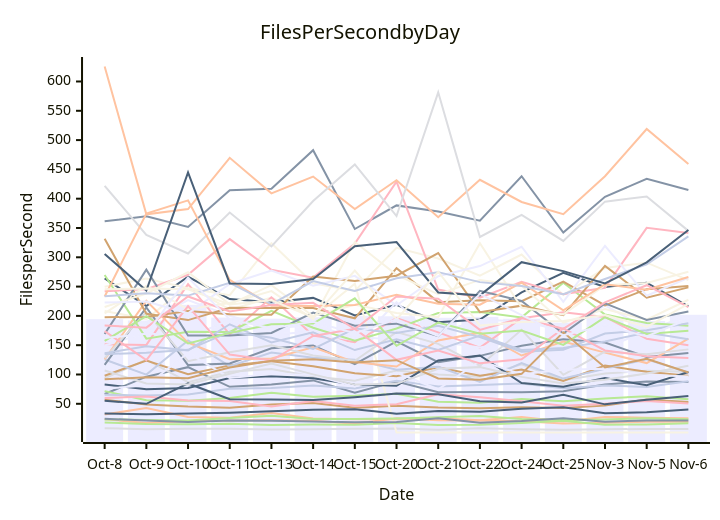
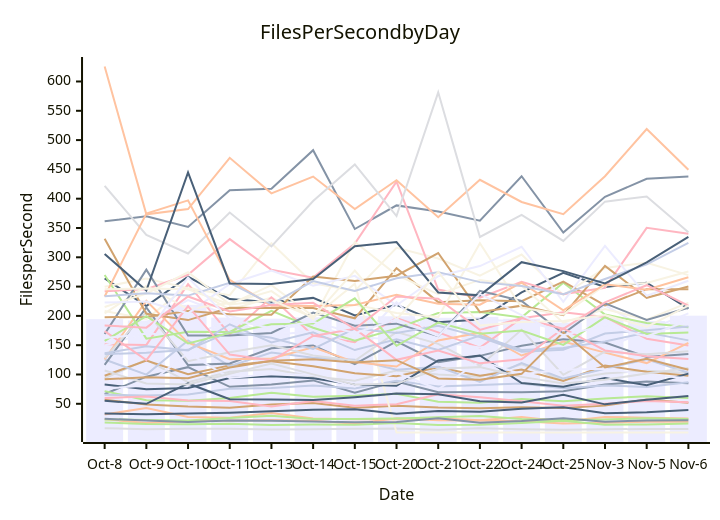
Before and after one commit to streetsidesoftware/cspell: the diagram in perf-report.md, drawn with Mermaid. The commit also changed other lines of this file and 2 other files, not shown here.

````diff
--- a/perf-report.md
+++ b/perf-report.md
@@ -11,57 +11,57 @@
 ```mermaid
 xychart-beta
     title Files Per Second by Day
     y-axis Files per Second
     x-axis Date [Oct-8, Oct-9, Oct-10, Oct-11, Oct-13, Oct-14, Oct-15, Oct-20, Oct-21, Oct-22, Oct-24, Oct-25, Nov-3, Nov-5, Nov-6]
-    bar [194.39, 192.05, 218.83, 197.10, 195.24, 197.65, 199.65, 199.37, 196.79, 198.31, 195.08, 188.50, 197.53, 191.30, 201.87]
-    line [66.65, 96.25, 112.51, 78.91, 82.77, 89.92, 69.05, 88.06, 69.61, 70.25, 69.88, 71.42, 83.10, 87.87, 87.19]
-    line [23.58, 17.31, 20.37, 21.44, 22.38, 20.97, 16.04, 25.16, 22.03, 21.51, 20.05, 16.33, 17.58, 19.22, 19.51]
-    line [8.18, 6.76, 7.44, 7.30, 6.32, 6.65, 7.26, 7.96, 5.55, 8.36, 6.66, 5.63, 6.55, 6.95, 6.93]
-    line [71.61, 56.00, 55.29, 59.99, 68.80, 62.02, 63.75, 67.15, 53.54, 51.87, 58.31, 54.40, 59.05, 63.00, 57.57]
-    line [56.81, 48.66, 45.19, 43.33, 48.66, 51.39, 43.09, 46.53, 43.54, 42.59, 43.99, 42.66, 46.86, 57.12, 52.85]
-    line [65.37, 64.09, 65.74, 75.83, 77.12, 81.28, 76.22, 89.41, 79.60, 82.04, 84.51, 76.34, 81.22, 78.86, 88.31]
-    line [59.94, 62.62, 55.56, 54.77, 45.21, 54.60, 46.67, 49.27, 66.25, 61.14, 54.40, 46.46, 50.11, 54.79, 50.62]
-    line [264.14, 216.71, 266.75, 228.80, 223.08, 230.72, 200.81, 218.77, 189.13, 193.68, 239.98, 273.35, 249.43, 256.58, 216.40]
+    bar [194.39, 192.05, 218.83, 197.10, 195.24, 197.65, 199.65, 199.37, 196.79, 198.31, 195.08, 188.50, 197.53, 191.30, 200.36]
+    line [66.65, 96.25, 112.51, 78.91, 82.77, 89.92, 69.05, 88.06, 69.61, 70.25, 69.88, 71.42, 83.10, 87.87, 85.11]
+    line [23.58, 17.31, 20.37, 21.44, 22.38, 20.97, 16.04, 25.16, 22.03, 21.51, 20.05, 16.33, 17.58, 19.22, 19.18]
+    line [8.18, 6.76, 7.44, 7.30, 6.32, 6.65, 7.26, 7.96, 5.55, 8.36, 6.66, 5.63, 6.55, 6.95, 6.80]
+    line [71.61, 56.00, 55.29, 59.99, 68.80, 62.02, 63.75, 67.15, 53.54, 51.87, 58.31, 54.40, 59.05, 63.00, 59.92]
+    line [56.81, 48.66, 45.19, 43.33, 48.66, 51.39, 43.09, 46.53, 43.54, 42.59, 43.99, 42.66, 46.86, 57.12, 51.76]
+    line [65.37, 64.09, 65.74, 75.83, 77.12, 81.28, 76.22, 89.41, 79.60, 82.04, 84.51, 76.34, 81.22, 78.86, 86.83]
+    line [59.94, 62.62, 55.56, 54.77, 45.21, 54.60, 46.67, 49.27, 66.25, 61.14, 54.40, 46.46, 50.11, 54.79, 52.81]
+    line [264.14, 216.71, 266.75, 228.80, 223.08, 230.72, 200.81, 218.77, 189.13, 193.68, 239.98, 273.35, 249.43, 256.58, 212.53]
     line [208.25, 194.51, 251.63, 210.60, 231.31, 197.08, 254.89, 1.00, 1.00, 1.00, 1.00, 1.00, 1.00, 1.00, 1.00]
-    line [174.97, 189.16, 226.87, 200.18, 179.39, 183.41, 164.40, 159.49, 171.10, 192.78, 191.37, 174.29, 217.96, 178.42, 192.52]
-    line [361.47, 370.09, 351.86, 414.54, 417.07, 482.80, 348.28, 388.55, 378.31, 362.57, 438.35, 342.13, 403.12, 433.88, 414.82]
-    line [31.76, 42.94, 27.61, 25.97, 34.21, 25.09, 23.71, 23.43, 25.33, 21.92, 27.33, 19.75, 27.62, 26.37, 25.30]
-    line [93.63, 125.18, 87.00, 104.77, 109.42, 96.45, 89.22, 106.77, 99.95, 95.97, 117.43, 90.38, 101.68, 106.46, 104.56]
-    line [18.14, 15.49, 15.23, 15.94, 13.89, 14.53, 14.11, 17.05, 13.85, 14.03, 17.10, 21.05, 14.31, 14.75, 16.77]
-    line [97.90, 123.96, 100.36, 115.55, 122.73, 114.09, 102.09, 96.85, 112.31, 97.68, 108.35, 88.82, 115.43, 104.61, 97.82]
-    line [125.48, 99.76, 158.05, 114.31, 137.32, 128.51, 125.12, 108.27, 113.06, 87.44, 119.66, 93.04, 109.58, 126.12, 103.37]
-    line [151.43, 150.43, 254.02, 168.57, 231.71, 166.56, 155.07, 196.36, 171.90, 145.85, 195.93, 206.22, 198.17, 161.08, 149.86]
-    line [55.18, 49.90, 84.72, 57.64, 57.38, 56.41, 61.33, 67.41, 66.13, 54.31, 52.03, 65.25, 49.02, 56.78, 63.21]
-    line [249.77, 263.65, 247.10, 235.41, 323.97, 255.64, 242.67, 316.16, 297.94, 268.60, 304.78, 235.63, 281.78, 290.77, 261.04]
-    line [149.45, 170.98, 162.38, 193.61, 167.04, 174.22, 149.10, 223.58, 156.27, 146.04, 158.31, 152.20, 144.51, 175.00, 200.25]
-    line [116.53, 214.42, 116.00, 118.77, 144.83, 149.59, 117.74, 156.35, 121.08, 131.79, 149.18, 160.21, 154.52, 129.77, 136.53]
-    line [125.79, 225.70, 154.24, 126.07, 127.29, 146.49, 121.12, 113.50, 158.05, 171.36, 132.38, 156.15, 137.28, 119.47, 161.14]
-    line [127.97, 206.50, 122.84, 138.06, 149.67, 132.46, 123.48, 172.40, 152.34, 114.90, 176.25, 99.39, 139.03, 134.52, 142.86]
-    line [269.72, 161.18, 172.81, 172.65, 208.47, 179.72, 157.56, 178.54, 204.92, 206.57, 197.43, 256.60, 202.25, 187.81, 182.97]
-    line [331.74, 203.63, 192.81, 213.97, 213.28, 213.47, 195.94, 281.48, 223.48, 226.53, 225.12, 258.41, 217.89, 245.63, 251.12]
-    line [136.07, 148.26, 141.19, 185.69, 154.55, 171.82, 141.67, 160.22, 141.81, 166.38, 141.94, 145.19, 156.42, 171.45, 160.17]
-    line [242.23, 245.65, 270.12, 330.98, 278.79, 265.30, 323.42, 429.01, 245.01, 230.93, 258.25, 236.94, 247.84, 350.22, 341.55]
-    line [82.95, 74.90, 76.80, 94.05, 96.82, 93.39, 82.69, 80.94, 123.93, 132.34, 85.53, 79.17, 93.87, 81.75, 104.21]
-    line [204.22, 251.15, 211.26, 222.05, 242.35, 194.13, 326.19, 270.15, 236.87, 261.40, 251.33, 188.47, 211.71, 193.66, 227.55]
-    line [75.86, 81.29, 136.91, 94.03, 101.02, 99.02, 79.59, 103.01, 74.73, 123.30, 100.60, 107.93, 109.66, 99.65, 96.37]
-    line [168.97, 278.92, 166.54, 166.53, 170.79, 205.75, 183.07, 186.73, 165.39, 242.72, 225.43, 169.80, 221.29, 193.06, 207.64]
-    line [625.58, 373.38, 382.28, 469.75, 409.07, 437.77, 382.49, 431.43, 368.45, 432.30, 394.44, 373.62, 438.31, 518.91, 459.05]
-    line [422.03, 338.21, 306.48, 376.46, 318.53, 395.99, 458.46, 370.45, 581.53, 334.74, 372.46, 327.93, 394.96, 403.82, 345.04]
-    line [23.35, 22.45, 21.51, 25.71, 29.42, 23.92, 24.25, 24.95, 26.96, 29.32, 24.14, 22.37, 23.30, 25.53, 23.72]
-    line [197.76, 198.13, 208.30, 202.68, 201.79, 267.21, 259.65, 268.53, 307.28, 206.33, 217.49, 201.10, 285.18, 230.89, 248.61]
-    line [134.65, 137.28, 142.04, 172.94, 162.65, 143.57, 178.30, 170.91, 182.97, 163.77, 138.75, 142.39, 169.82, 175.50, 187.26]
-    line [173.95, 124.58, 216.72, 133.97, 123.87, 165.74, 177.89, 125.02, 140.68, 119.01, 125.81, 178.69, 141.07, 131.24, 128.17]
-    line [33.57, 32.29, 33.27, 34.79, 37.33, 39.68, 40.77, 33.11, 37.81, 36.24, 41.43, 44.03, 33.69, 35.67, 40.10]
-    line [215.08, 238.25, 274.47, 219.66, 252.51, 199.34, 218.85, 204.99, 197.92, 323.88, 213.93, 202.52, 252.23, 256.11, 275.30]
-    line [222.78, 224.66, 204.36, 254.42, 277.26, 251.58, 268.24, 217.93, 267.67, 285.04, 317.95, 223.78, 319.42, 234.42, 264.77]
-    line [24.57, 21.27, 19.07, 21.50, 21.24, 19.97, 18.63, 18.81, 25.32, 17.74, 20.58, 25.51, 19.46, 21.60, 21.35]
-    line [233.16, 374.71, 397.16, 261.34, 217.24, 217.08, 218.73, 236.08, 220.88, 219.16, 256.62, 209.53, 254.06, 244.83, 266.39]
-    line [106.68, 84.76, 82.82, 101.29, 118.90, 100.19, 82.72, 84.05, 109.59, 112.56, 95.92, 84.60, 91.01, 101.64, 114.89]
-    line [157.39, 199.58, 152.82, 170.97, 185.75, 186.96, 229.89, 148.98, 188.53, 169.56, 175.04, 150.51, 197.71, 169.15, 174.56]
-    line [91.76, 95.32, 93.61, 112.00, 123.43, 125.94, 120.60, 124.47, 93.34, 91.16, 101.08, 171.93, 111.86, 126.91, 103.38]
-    line [233.40, 238.56, 234.64, 256.33, 219.99, 259.48, 242.38, 264.24, 274.64, 257.62, 251.09, 236.85, 262.94, 287.92, 335.60]
-    line [183.70, 179.89, 233.14, 207.50, 218.41, 222.25, 177.43, 233.06, 229.37, 176.10, 196.37, 177.90, 223.12, 252.36, 215.00]
-    line [305.64, 243.36, 444.70, 255.37, 254.42, 262.77, 318.79, 326.00, 239.93, 235.04, 291.68, 276.40, 255.29, 291.36, 346.71]
-    line [245.51, 246.82, 245.36, 219.50, 226.50, 197.43, 277.21, 193.99, 275.35, 183.43, 189.64, 191.38, 201.59, 181.36, 220.59]
-    line [162.12, 169.35, 265.31, 194.05, 178.95, 189.91, 170.29, 194.31, 165.66, 237.49, 201.27, 167.00, 183.56, 164.82, 194.66]
+    line [174.97, 189.16, 226.87, 200.18, 179.39, 183.41, 164.40, 159.49, 171.10, 192.78, 191.37, 174.29, 217.96, 178.42, 192.13]
+    line [361.47, 370.09, 351.86, 414.54, 417.07, 482.80, 348.28, 388.55, 378.31, 362.57, 438.35, 342.13, 403.12, 433.88, 437.75]
+    line [31.76, 42.94, 27.61, 25.97, 34.21, 25.09, 23.71, 23.43, 25.33, 21.92, 27.33, 19.75, 27.62, 26.37, 24.95]
+    line [93.63, 125.18, 87.00, 104.77, 109.42, 96.45, 89.22, 106.77, 99.95, 95.97, 117.43, 90.38, 101.68, 106.46, 102.56]
+    line [18.14, 15.49, 15.23, 15.94, 13.89, 14.53, 14.11, 17.05, 13.85, 14.03, 17.10, 21.05, 14.31, 14.75, 16.40]
+    line [97.90, 123.96, 100.36, 115.55, 122.73, 114.09, 102.09, 96.85, 112.31, 97.68, 108.35, 88.82, 115.43, 104.61, 97.86]
+    line [125.48, 99.76, 158.05, 114.31, 137.32, 128.51, 125.12, 108.27, 113.06, 87.44, 119.66, 93.04, 109.58, 126.12, 102.90]
+    line [151.43, 150.43, 254.02, 168.57, 231.71, 166.56, 155.07, 196.36, 171.90, 145.85, 195.93, 206.22, 198.17, 161.08, 149.50]
+    line [55.18, 49.90, 84.72, 57.64, 57.38, 56.41, 61.33, 67.41, 66.13, 54.31, 52.03, 65.25, 49.02, 56.78, 63.41]
+    line [249.77, 263.65, 247.10, 235.41, 323.97, 255.64, 242.67, 316.16, 297.94, 268.60, 304.78, 235.63, 281.78, 290.77, 269.63]
+    line [149.45, 170.98, 162.38, 193.61, 167.04, 174.22, 149.10, 223.58, 156.27, 146.04, 158.31, 152.20, 144.51, 175.00, 204.17]
+    line [116.53, 214.42, 116.00, 118.77, 144.83, 149.59, 117.74, 156.35, 121.08, 131.79, 149.18, 160.21, 154.52, 129.77, 134.88]
+    line [125.79, 225.70, 154.24, 126.07, 127.29, 146.49, 121.12, 113.50, 158.05, 171.36, 132.38, 156.15, 137.28, 119.47, 153.87]
+    line [127.97, 206.50, 122.84, 138.06, 149.67, 132.46, 123.48, 172.40, 152.34, 114.90, 176.25, 99.39, 139.03, 134.52, 139.82]
+    line [269.72, 161.18, 172.81, 172.65, 208.47, 179.72, 157.56, 178.54, 204.92, 206.57, 197.43, 256.60, 202.25, 187.81, 180.72]
+    line [331.74, 203.63, 192.81, 213.97, 213.28, 213.47, 195.94, 281.48, 223.48, 226.53, 225.12, 258.41, 217.89, 245.63, 245.33]
+    line [136.07, 148.26, 141.19, 185.69, 154.55, 171.82, 141.67, 160.22, 141.81, 166.38, 141.94, 145.19, 156.42, 171.45, 158.22]
+    line [242.23, 245.65, 270.12, 330.98, 278.79, 265.30, 323.42, 429.01, 245.01, 230.93, 258.25, 236.94, 247.84, 350.22, 340.31]
+    line [82.95, 74.90, 76.80, 94.05, 96.82, 93.39, 82.69, 80.94, 123.93, 132.34, 85.53, 79.17, 93.87, 81.75, 101.49]
+    line [204.22, 251.15, 211.26, 222.05, 242.35, 194.13, 326.19, 270.15, 236.87, 261.40, 251.33, 188.47, 211.71, 193.66, 222.71]
+    line [75.86, 81.29, 136.91, 94.03, 101.02, 99.02, 79.59, 103.01, 74.73, 123.30, 100.60, 107.93, 109.66, 99.65, 93.75]
+    line [168.97, 278.92, 166.54, 166.53, 170.79, 205.75, 183.07, 186.73, 165.39, 242.72, 225.43, 169.80, 221.29, 193.06, 213.82]
+    line [625.58, 373.38, 382.28, 469.75, 409.07, 437.77, 382.49, 431.43, 368.45, 432.30, 394.44, 373.62, 438.31, 518.91, 449.34]
+    line [422.03, 338.21, 306.48, 376.46, 318.53, 395.99, 458.46, 370.45, 581.53, 334.74, 372.46, 327.93, 394.96, 403.82, 342.83]
+    line [23.35, 22.45, 21.51, 25.71, 29.42, 23.92, 24.25, 24.95, 26.96, 29.32, 24.14, 22.37, 23.30, 25.53, 23.99]
+    line [197.76, 198.13, 208.30, 202.68, 201.79, 267.21, 259.65, 268.53, 307.28, 206.33, 217.49, 201.10, 285.18, 230.89, 250.01]
+    line [134.65, 137.28, 142.04, 172.94, 162.65, 143.57, 178.30, 170.91, 182.97, 163.77, 138.75, 142.39, 169.82, 175.50, 181.90]
+    line [173.95, 124.58, 216.72, 133.97, 123.87, 165.74, 177.89, 125.02, 140.68, 119.01, 125.81, 178.69, 141.07, 131.24, 126.43]
+    line [33.57, 32.29, 33.27, 34.79, 37.33, 39.68, 40.77, 33.11, 37.81, 36.24, 41.43, 44.03, 33.69, 35.67, 39.46]
+    line [215.08, 238.25, 274.47, 219.66, 252.51, 199.34, 218.85, 204.99, 197.92, 323.88, 213.93, 202.52, 252.23, 256.11, 275.86]
+    line [222.78, 224.66, 204.36, 254.42, 277.26, 251.58, 268.24, 217.93, 267.67, 285.04, 317.95, 223.78, 319.42, 234.42, 259.89]
+    line [24.57, 21.27, 19.07, 21.50, 21.24, 19.97, 18.63, 18.81, 25.32, 17.74, 20.58, 25.51, 19.46, 21.60, 22.07]
+    line [233.16, 374.71, 397.16, 261.34, 217.24, 217.08, 218.73, 236.08, 220.88, 219.16, 256.62, 209.53, 254.06, 244.83, 265.88]
+    line [106.68, 84.76, 82.82, 101.29, 118.90, 100.19, 82.72, 84.05, 109.59, 112.56, 95.92, 84.60, 91.01, 101.64, 111.11]
+    line [157.39, 199.58, 152.82, 170.97, 185.75, 186.96, 229.89, 148.98, 188.53, 169.56, 175.04, 150.51, 197.71, 169.15, 171.81]
+    line [91.76, 95.32, 93.61, 112.00, 123.43, 125.94, 120.60, 124.47, 93.34, 91.16, 101.08, 171.93, 111.86, 126.91, 108.19]
+    line [233.40, 238.56, 234.64, 256.33, 219.99, 259.48, 242.38, 264.24, 274.64, 257.62, 251.09, 236.85, 262.94, 287.92, 324.47]
+    line [183.70, 179.89, 233.14, 207.50, 218.41, 222.25, 177.43, 233.06, 229.37, 176.10, 196.37, 177.90, 223.12, 252.36, 217.50]
+    line [305.64, 243.36, 444.70, 255.37, 254.42, 262.77, 318.79, 326.00, 239.93, 235.04, 291.68, 276.40, 255.29, 291.36, 334.98]
+    line [245.51, 246.82, 245.36, 219.50, 226.50, 197.43, 277.21, 193.99, 275.35, 183.43, 189.64, 191.38, 201.59, 181.36, 217.45]
+    line [162.12, 169.35, 265.31, 194.05, 178.95, 189.91, 170.29, 194.31, 165.66, 237.49, 201.27, 167.00, 183.56, 164.82, 192.04]
 ```
````
